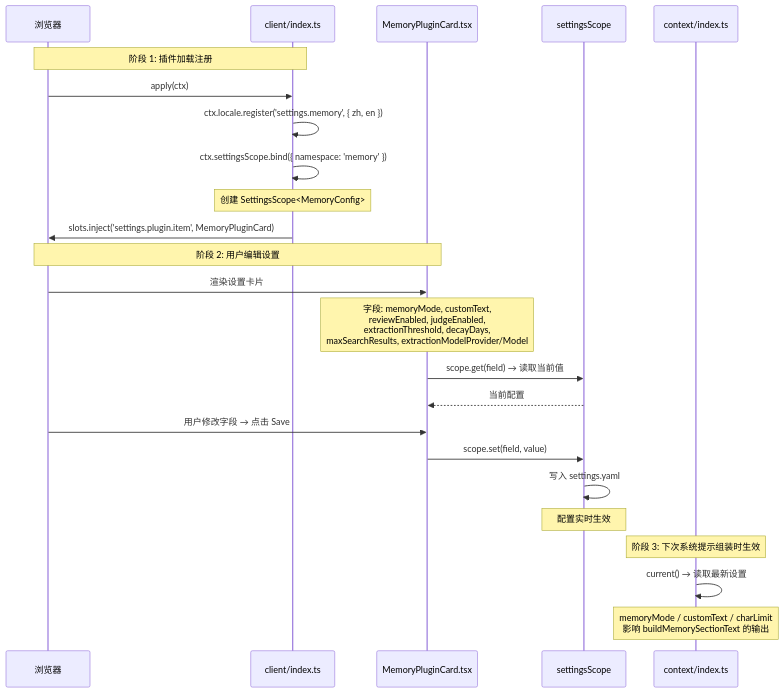
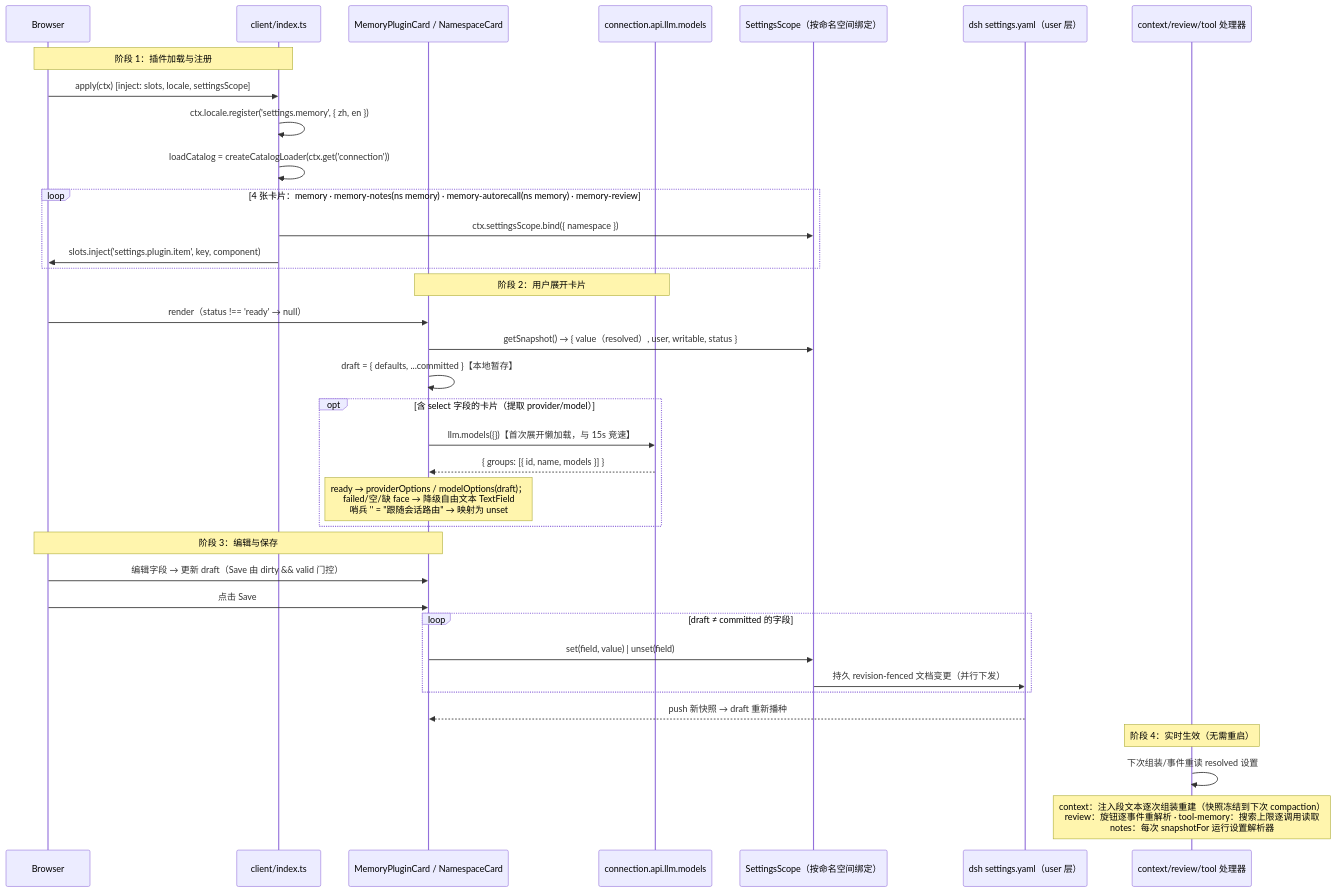
One commit to chenhw7/dsh-memory changed diagram 13 of 14 in docs/SEQUENCE_DIAGRAMS.zh-CN.md. Above: the diagram before and after it, drawn with Mermaid. The commit also changed other lines of this file and 5 other files, not shown here.

First line of the commit message:
docs: sync README / TECH_DESIGN / SEQUENCE_DIAGRAMS with the v0.3.0 implementation

````diff
--- a/docs/SEQUENCE_DIAGRAMS.zh-CN.md
+++ b/docs/SEQUENCE_DIAGRAMS.zh-CN.md
@@ -468,34 +571,47 @@
 ```mermaid
 sequenceDiagram
-    participant Browser as 浏览器
+    participant Browser as Browser
     participant Client as client/index.ts
-    participant Card as MemoryPluginCard.tsx
-    participant Scope as settingsScope
-    participant Context as context/index.ts
+    participant Card as MemoryPluginCard / NamespaceCard
+    participant Catalog as connection.api.llm.models
+    participant Scope as SettingsScope（按命名空间绑定）
+    participant Host as dsh settings.yaml（user 层）
+    participant Runtime as context/review/tool 处理器
 
-    Note over Browser,Client: 阶段 1: 插件加载注册
+    Note over Browser,Client: 阶段 1：插件加载与注册
 
-    Browser->>Client: apply(ctx)
+    Browser->>Client: apply(ctx) [inject: slots, locale, settingsScope]
     Client->>Client: ctx.locale.register('settings.memory', { zh, en })
-    Client->>Client: ctx.settingsScope.bind({ namespace: 'memory' })
-    Note over Client: 创建 SettingsScope<MemoryConfig>
-    Client->>Browser: slots.inject('settings.plugin.item', MemoryPluginCard)
+    Client->>Client: loadCatalog = createCatalogLoader(ctx.get('connection'))
+    loop 4 张卡片：memory · memory-notes(ns memory) · memory-autorecall(ns memory) · memory-review
+        Client->>Scope: ctx.settingsScope.bind({ namespace })
+        Client->>Browser: slots.inject('settings.plugin.item', key, component)
+    end
 
-    Note over Browser,Card: 阶段 2: 用户编辑设置
+    Note over Card,Catalog: 阶段 2：用户展开卡片
 
-    Browser->>Card: 渲染设置卡片
-    Note over Card: 字段: memoryMode, customText,<br/>reviewEnabled, judgeEnabled,<br/>extractionThreshold, decayDays,<br/>maxSearchResults, extractionModelProvider/Model
+    Browser->>Card: render（status !== 'ready' → null）
+    Card->>Scope: getSnapshot() → { value（resolved）, user, writable, status }
+    Card->>Card: draft = { defaults, ...committed }【本地暂存】
 
-    Card->>Scope: scope.get(field) → 读取当前值
-    Scope-->>Card: 当前配置
+    opt 含 select 字段的卡片（提取 provider/model）
+        Card->>Catalog: llm.models({})【首次展开懒加载，与 15s 竞速】
+        Catalog-->>Card: { groups: [{ id, name, models }] }
+        Note over Card: ready → providerOptions / modelOptions(draft)；<br/>failed/空/缺 face → 降级自由文本 TextField<br/>哨兵 '' = "跟随会话路由" → 映射为 unset
+    end
 
-    Browser->>Card: 用户修改字段 → 点击 Save
-    Card->>Scope: scope.set(field, value)
-    Scope->>Scope: 写入 settings.yaml
-    Note over Scope: 配置实时生效
+    Note over Browser,Card: 阶段 3：编辑与保存
 
-    Note over Context: 阶段 3: 下次系统提示组装时生效
+    Browser->>Card: 编辑字段 → 更新 draft（Save 由 dirty && valid 门控）
+    Browser->>Card: 点击 Save
+    loop draft ≠ committed 的字段
+        Card->>Scope: set(field, value) | unset(field)
+        Scope->>Host: 持久 revision-fenced 文档变更（并行下发）
+    end
+    Host-->>Card: push 新快照 → draft 重新播种
 
-    Context->>Context: current() → 读取最新设置
-    Note over Context: memoryMode / customText / charLimit<br/>影响 buildMemorySectionText 的输出
+    Note over Runtime: 阶段 4：实时生效（无需重启）
+
+    Runtime->>Runtime: 下次组装/事件重读 resolved 设置
+    Note over Runtime: context：注入段文本逐次组装重建（快照冻结到下次 compaction）<br/>review：旋钮逐事件重解析 · tool-memory：搜索上限逐调用读取<br/>notes：每次 snapshotFor 运行设置解析器
 ```
````
